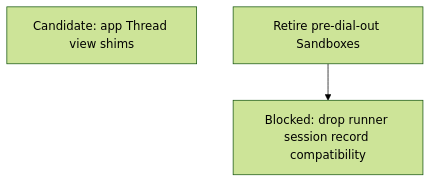
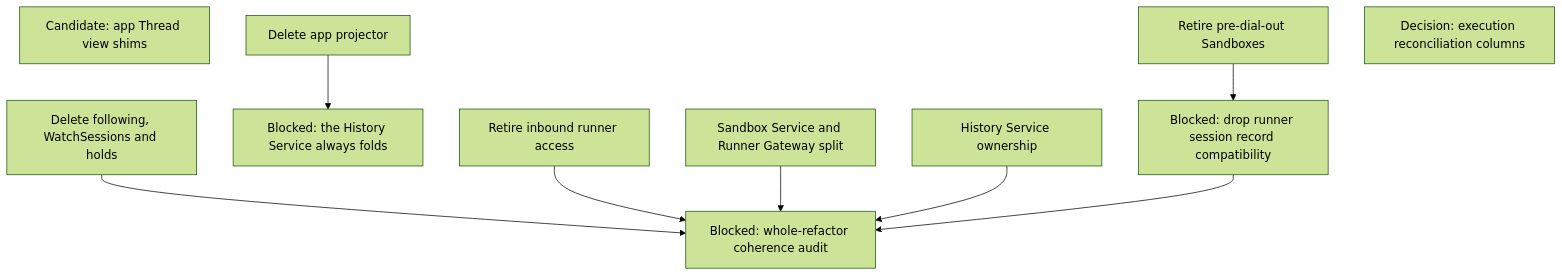
Diagram 11 of 12 in agentplane/plans/task_dag.md (agentydragon-agent/ducktape), drawn with Mermaid (forest theme) before and after one commit. The commit also changed other lines of this file, not shown here.

````diff
--- a/agentplane/plans/task_dag.md
+++ b/agentplane/plans/task_dag.md
@@ -838,7 +846,16 @@
 ```mermaid
 flowchart TD
     APP_THREAD_VIEW_CLEANUP[Candidate: app Thread view shims]
     RUNNER_SESSION_RECORD_SHIMS[Blocked: drop runner session record compatibility]
     LEGACY_SANDBOX_RETIRE[Retire pre-dial-out Sandboxes]
     LEGACY_SANDBOX_RETIRE --> RUNNER_SESSION_RECORD_SHIMS
+    HISTORY_FOLD_ALWAYS_ON[Blocked: the History Service always folds]
+    APP_PROJECTOR_RETIRE[Delete app projector] --> HISTORY_FOLD_ALWAYS_ON
+    ACTION_EXECUTION_AUDIT_TRIM[Decision: execution reconciliation columns]
+    REFACTOR_COHERENCE_AUDIT[Blocked: whole-refactor coherence audit]
+    FOLLOW_PATH_RETIRE[Delete following, WatchSessions and holds] --> REFACTOR_COHERENCE_AUDIT
+    RUNNER_INBOUND_RETIRE[Retire inbound runner access] --> REFACTOR_COHERENCE_AUDIT
+    SANDBOX_SERVICE_DEPLOYMENT_SPLIT[Sandbox Service and Runner Gateway split] --> REFACTOR_COHERENCE_AUDIT
+    HISTORY_SERVICE_OWNERSHIP[History Service ownership] --> REFACTOR_COHERENCE_AUDIT
+    RUNNER_SESSION_RECORD_SHIMS --> REFACTOR_COHERENCE_AUDIT
 ```
````
